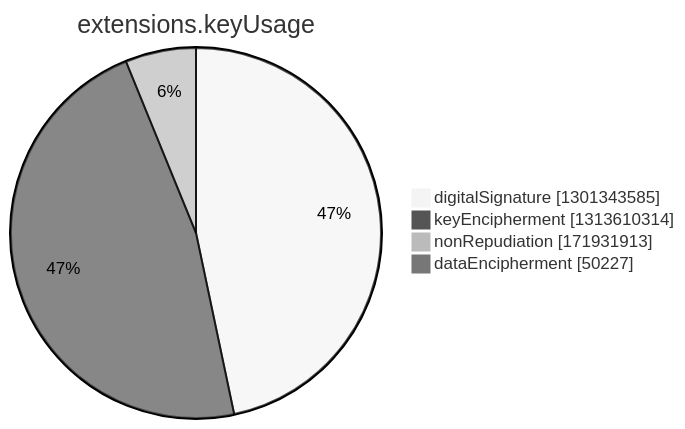
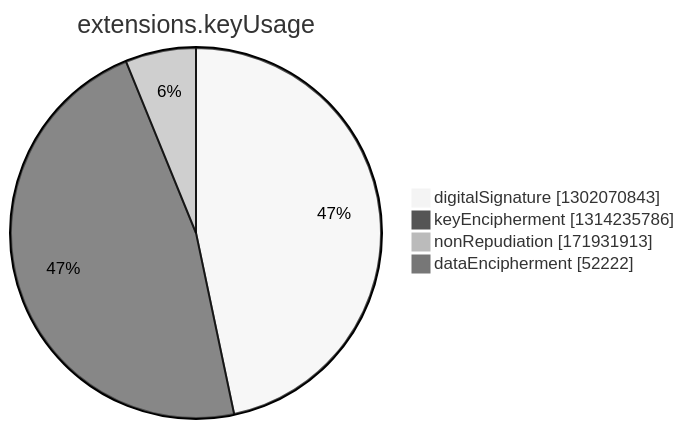
The seventh of 15 diagrams in argon2022/README.md (christiankrug/ctmonitor_visualization), drawn with Mermaid (neutral theme) before and after one commit. The commit also changed other lines of this file, not shown here.

````diff
--- a/argon2022/README.md
+++ b/argon2022/README.md
@@ -2749,8 +2749,8 @@
 ```mermaid
 pie showData
 title extensions.keyUsage
-"digitalSignature" :1301343585
-"keyEncipherment" :1313610314
+"digitalSignature" :1302070843
+"keyEncipherment" :1314235786
 "nonRepudiation" :171931913
-"dataEncipherment" :50227
+"dataEncipherment" :52222
 ```
````
